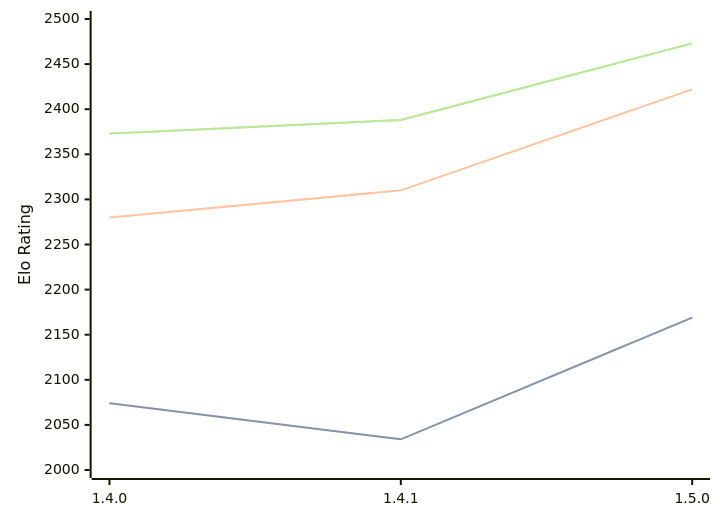
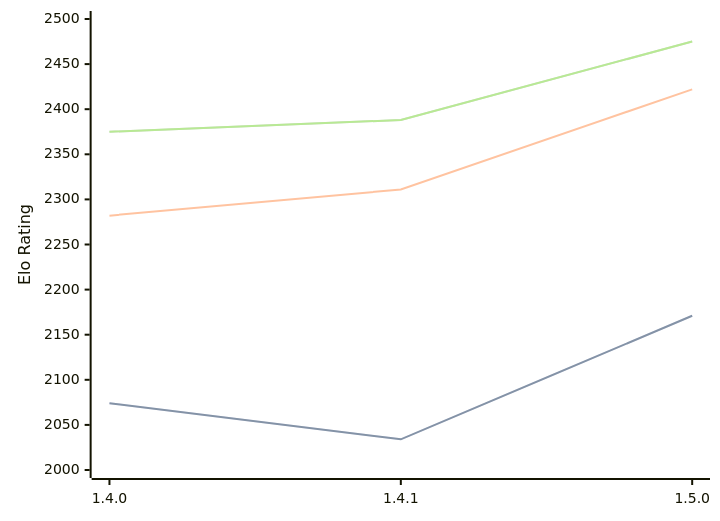
Before and after one commit to computer-chess-index/cci: the diagram in engines/Tofiks.md, drawn with Mermaid. The commit also changed other lines of this file, not shown here.

Commit message:
Update CCI Ratings (ELO VLTC) - 2026-07-25

````diff
--- a/engines/Tofiks.md
+++ b/engines/Tofiks.md
@@ -37,11 +37,11 @@
 ```mermaid
 %%{init: {"theme":"base","themeVariables":{"seriesColors:['#a3a3a3','#222221','#faa371']}}}%%
 xychart-beta
   x-axis ["1.4.0", "1.4.1", "1.5.0"]
   y-axis "Elo Rating" 2000 --> 2500
-  line "STC (8.0+0.08s)" [2074, 2034, 2169]
-  line "STC (8.0+0.08s)" [2074, 2034, 2169]
-  line "LTC (60.0+0.60s)" [2280, 2310, 2422]
-  line "VLTC (2m24s+1.12s)" [2373, 2388, 2473]
-  line "VLTC (2m24s+1.12s)" [2373, 2388, 2473]
+  line "STC (8.0+0.08s)" [2074, 2034, 2171]
+  line "STC (8.0+0.08s)" [2074, 2034, 2171]
+  line "LTC (60.0+0.60s)" [2282, 2311, 2422]
+  line "VLTC (2m24s+1.12s)" [2375, 2388, 2475]
+  line "VLTC (2m24s+1.12s)" [2375, 2388, 2475]
 ```
````
